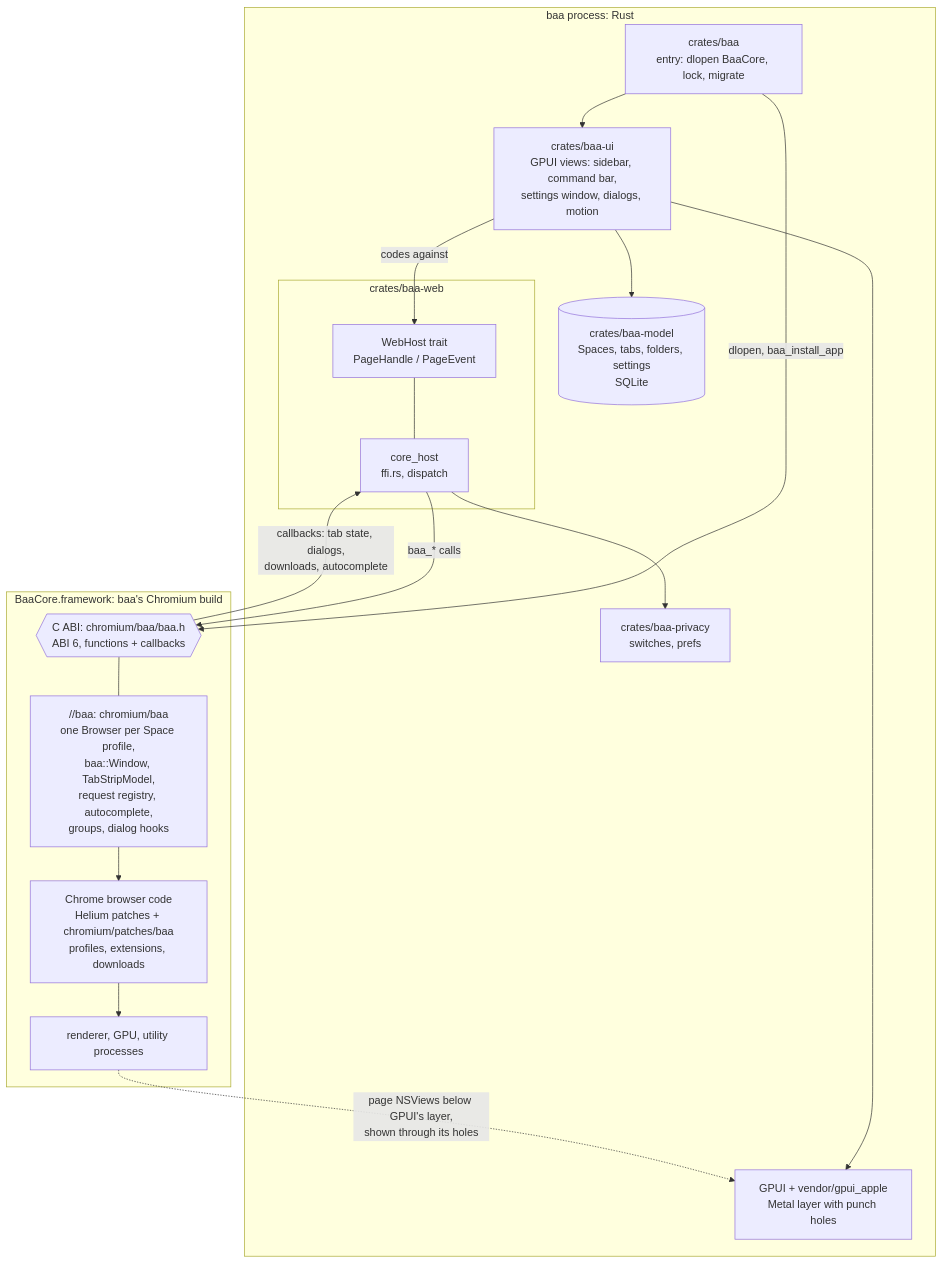
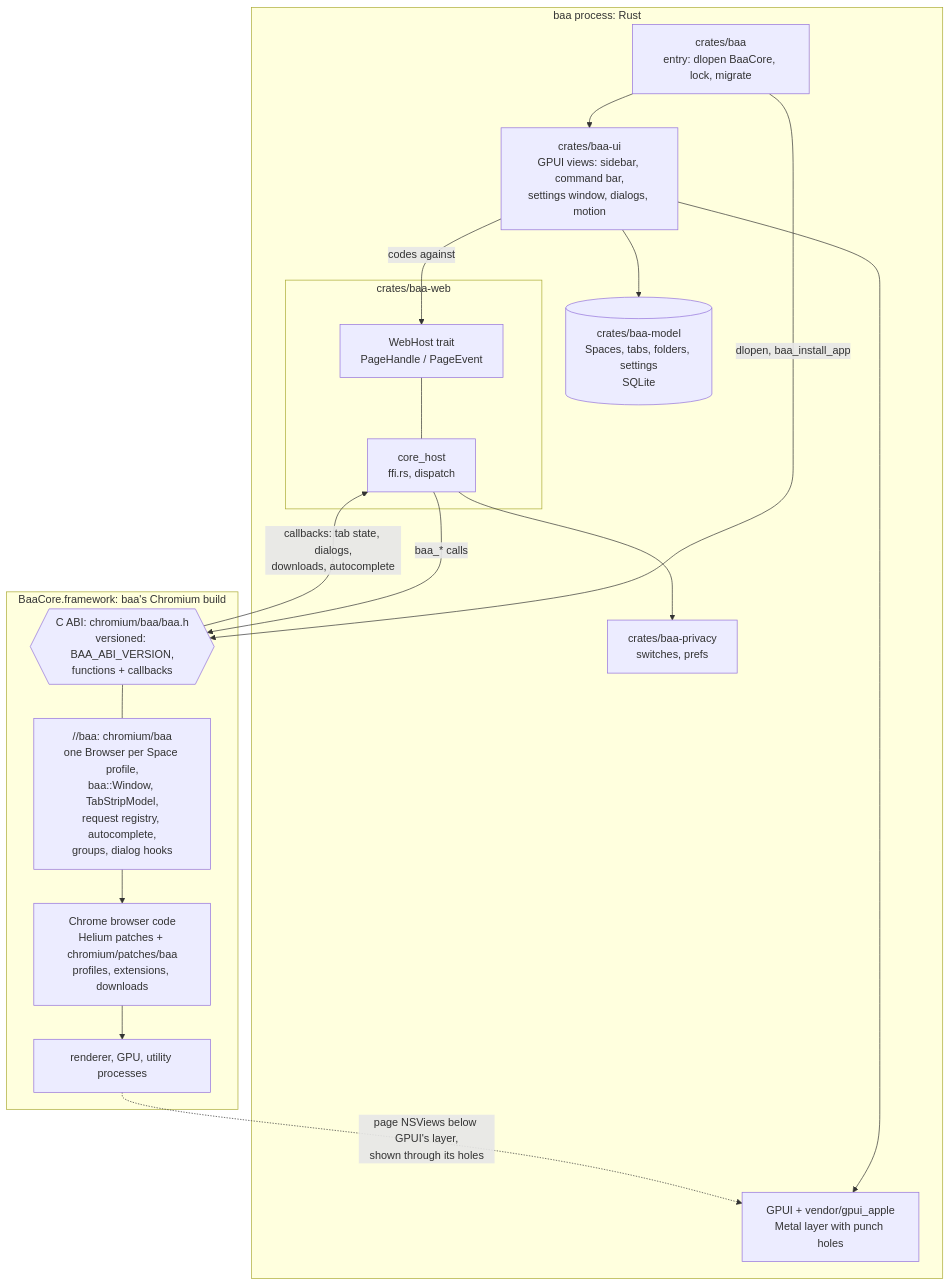
Before and after one commit to dan-hummelstad/baa: the diagram in README.md, drawn with Mermaid. The commit also changed other lines of this file and 1 other file, not shown here.

Commit message:
docs: README lists baa's known limitations and its real search default; PLAN.md stops claiming DuckDuckGo, no updater and no CRLSet

````diff
--- a/README.md
+++ b/README.md
@@ -227,35 +243,35 @@
 ```mermaid
 flowchart TB
     subgraph app["baa process: Rust"]
         main["crates/baa<br/>entry: dlopen BaaCore, lock, migrate"]
         ui["crates/baa-ui<br/>GPUI views: sidebar, command bar,<br/>settings window, dialogs, motion"]
         model[("crates/baa-model<br/>Spaces, tabs, folders, settings<br/>SQLite")]
         privacy["crates/baa-privacy<br/>switches, prefs"]
         subgraph web["crates/baa-web"]
             host["WebHost trait<br/>PageHandle / PageEvent"]
             core["core_host<br/>ffi.rs, dispatch"]
         end
         gpui["GPUI + vendor/gpui_apple<br/>Metal layer with punch holes"]
     end
 
     subgraph engine["BaaCore.framework: baa's Chromium build"]
-        abi{{"C ABI: chromium/baa/baa.h<br/>ABI 6, functions + callbacks"}}
+        abi{{"C ABI: chromium/baa/baa.h<br/>versioned: BAA_ABI_VERSION,<br/>functions + callbacks"}}
         layer["//baa: chromium/baa<br/>one Browser per Space profile,<br/>baa::Window, TabStripModel,<br/>request registry, autocomplete,<br/>groups, dialog hooks"]
         chrome["Chrome browser code<br/>Helium patches + chromium/patches/baa<br/>profiles, extensions, downloads"]
         procs["renderer, GPU, utility processes"]
     end
 
     main --> ui
     main -- "dlopen, baa_install_app" --> abi
     ui --> model
     ui -- "codes against" --> host
     host --- core
     core -- "baa_* calls" --> abi
     abi -- "callbacks: tab state, dialogs,<br/>downloads, autocomplete" --> core
     core --> privacy
     abi --- layer
     layer --> chrome
     chrome --> procs
     ui --> gpui
     procs -. "page NSViews below GPUI's layer,<br/>shown through its holes" .-> gpui
 ```
````
